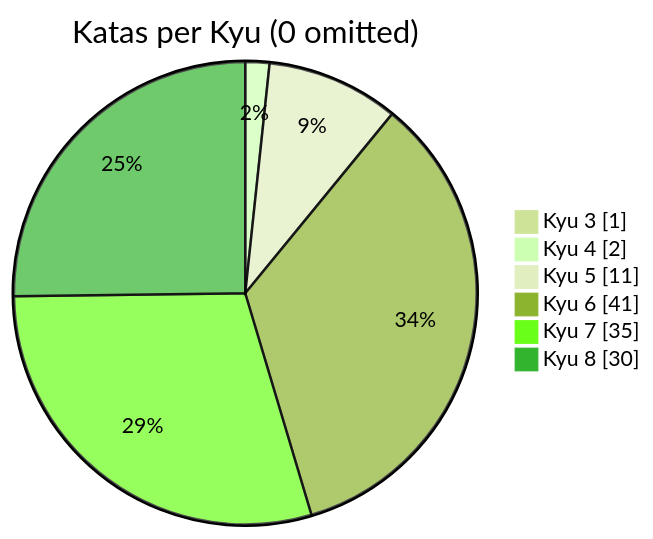
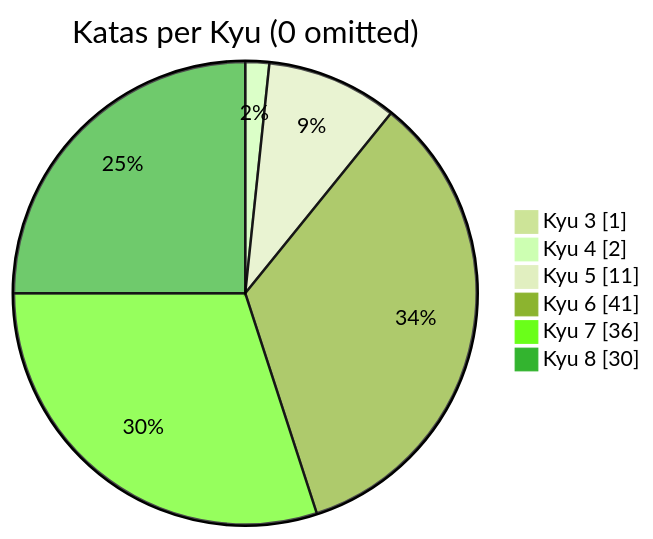
Before and after one commit to MauricioLudwig/codewars-typescript: the diagram in README.md, drawn with Mermaid (forest theme). The commit also changed other lines of this file, not shown here.

````diff
--- a/README.md
+++ b/README.md
@@ -21,10 +21,10 @@
 ```mermaid
 pie showData
     title Katas per Kyu (0 omitted)
 	"Kyu 3": 1
 	"Kyu 4": 2
 	"Kyu 5": 11
 	"Kyu 6": 41
-	"Kyu 7": 35
+	"Kyu 7": 36
 	"Kyu 8": 30
 ```
````
